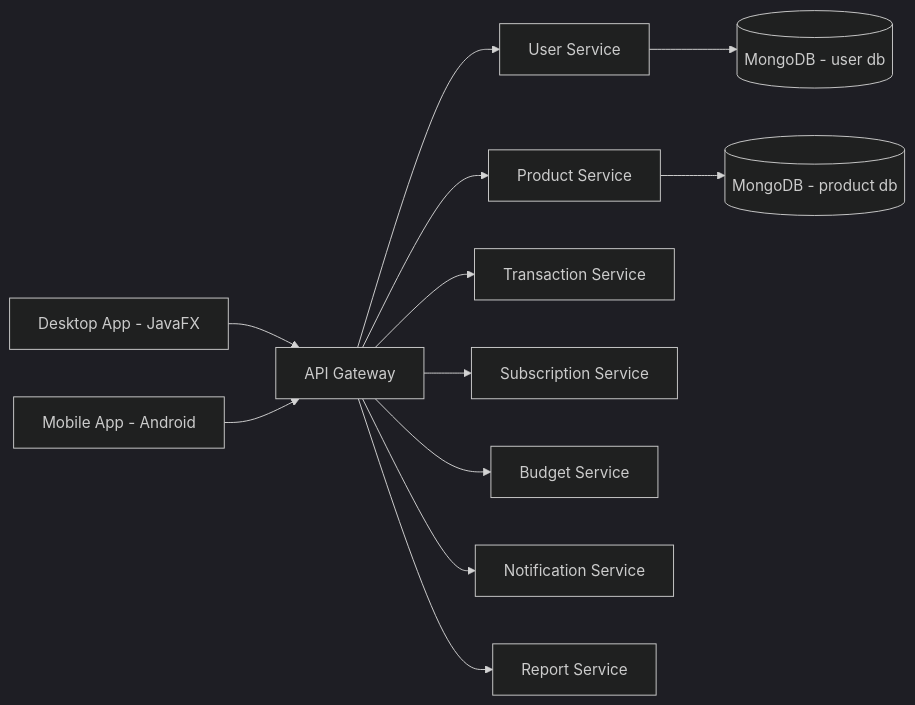
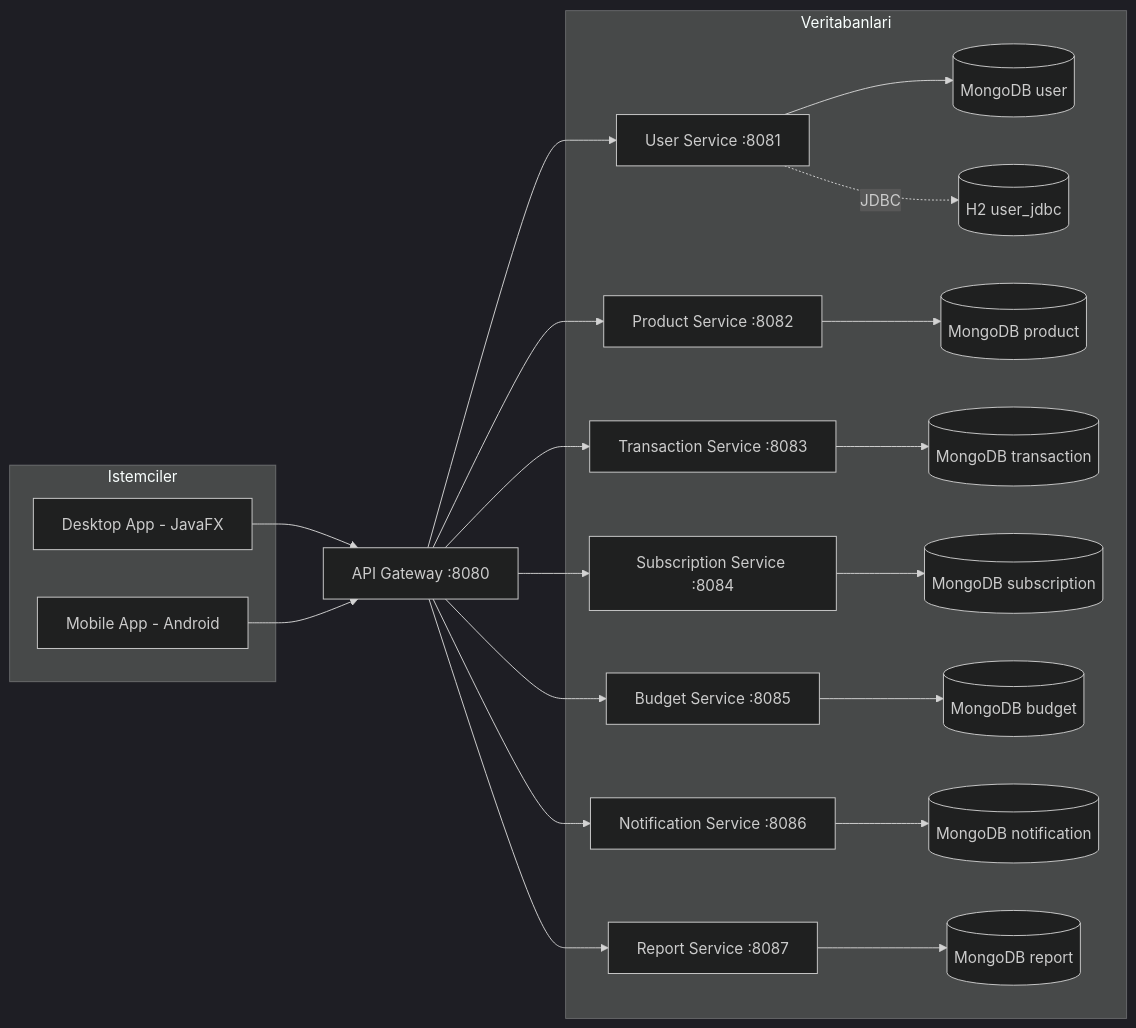
Before and after one commit to YunusEmirAtici/CepteFinans: the diagram in docs/architecture.md, drawn with Mermaid (dark theme). The commit also changed other lines of this file and 293 other files, not shown here.

````diff
--- a/docs/architecture.md
+++ b/docs/architecture.md
@@ -23,14 +25,29 @@
 ```mermaid
 flowchart LR
-    D[Desktop App - JavaFX] --> G[API Gateway]
-    M[Mobile App - Android] --> G
-    G --> U[User Service]
-    G --> P[Product Service]
-    G --> T[Transaction Service]
-    G --> S[Subscription Service]
-    G --> B[Budget Service]
-    G --> N[Notification Service]
-    G --> R[Report Service]
-    U --> MU[(MongoDB - user db)]
-    P --> MP[(MongoDB - product db)]
+    subgraph Istemciler
+        D[Desktop App - JavaFX]
+        M[Mobile App - Android]
+    end
+    
+    D --> G[API Gateway :8080]
+    M --> G
+    
+    G --> U[User Service :8081]
+    G --> P[Product Service :8082]
+    G --> T[Transaction Service :8083]
+    G --> S[Subscription Service :8084]
+    G --> B[Budget Service :8085]
+    G --> N[Notification Service :8086]
+    G --> R[Report Service :8087]
+    
+    subgraph Veritabanlari
+        U --> MU[(MongoDB user)]
+        U -. JDBC .-> H[(H2 user_jdbc)]
+        P --> MP[(MongoDB product)]
+        T --> MT[(MongoDB transaction)]
+        S --> MS[(MongoDB subscription)]
+        B --> MB[(MongoDB budget)]
+        N --> MN[(MongoDB notification)]
+        R --> MR[(MongoDB report)]
+    end
 ```
````
